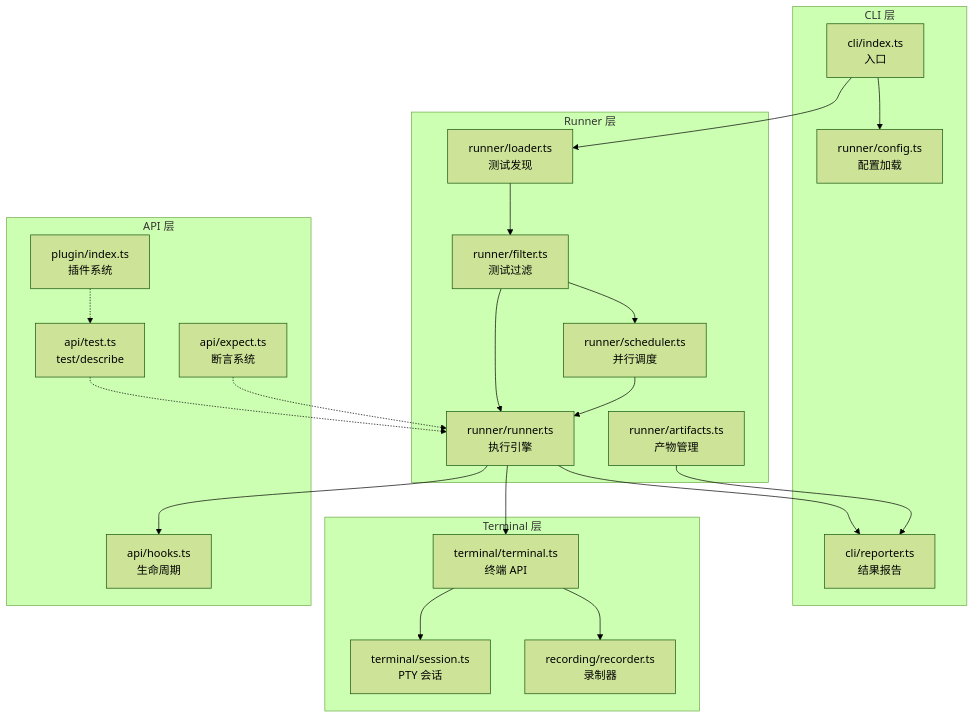
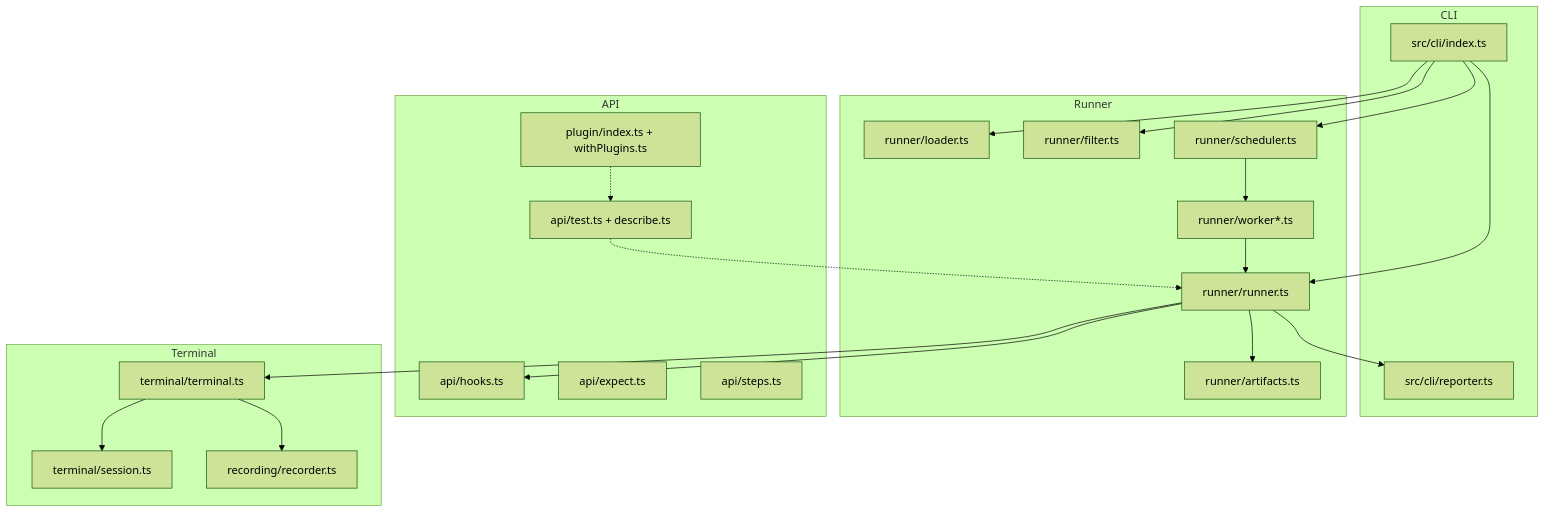
One commit to NexusGPU/repterm changed the first of 2 diagrams in skills/repterm/references/architecture.md. Above: the diagram before and after it, drawn with Mermaid (forest theme). The commit also changed other lines of this file and 9 other files, not shown here.

````diff
--- a/skills/repterm/references/architecture.md
+++ b/skills/repterm/references/architecture.md
@@ -5,46 +5,45 @@
 ```mermaid
 graph TB
-    subgraph CLI["CLI 层"]
-        Entry["cli/index.ts<br/>入口"]
-        Config["runner/config.ts<br/>配置加载"]
-        Reporter["cli/reporter.ts<br/>结果报告"]
+    subgraph CLI["CLI"]
+        CLIEntry["src/cli/index.ts"]
+        Reporter["src/cli/reporter.ts"]
     end
 
-    subgraph Runner["Runner 层"]
-        Loader["runner/loader.ts<br/>测试发现"]
-        Filter["runner/filter.ts<br/>测试过滤"]
-        RunnerCore["runner/runner.ts<br/>执行引擎"]
-        Scheduler["runner/scheduler.ts<br/>并行调度"]
-        Artifacts["runner/artifacts.ts<br/>产物管理"]
+    subgraph Runner["Runner"]
+        Loader["runner/loader.ts"]
+        Filter["runner/filter.ts"]
+        RunnerCore["runner/runner.ts"]
+        Scheduler["runner/scheduler.ts"]
+        Worker["runner/worker*.ts"]
+        Artifacts["runner/artifacts.ts"]
     end
 
-    subgraph Terminal["Terminal 层"]
-        TerminalAPI["terminal/terminal.ts<br/>终端 API"]
-        Session["terminal/session.ts<br/>PTY 会话"]
-        Recorder["recording/recorder.ts<br/>录制器"]
+    subgraph API["API"]
+        TestAPI["api/test.ts + describe.ts"]
+        Hooks["api/hooks.ts"]
+        Expect["api/expect.ts"]
+        Steps["api/steps.ts"]
+        Plugin["plugin/index.ts + withPlugins.ts"]
     end
 
-    subgraph API["API 层"]
-        DSL["api/test.ts<br/>test/describe"]
-        Expect["api/expect.ts<br/>断言系统"]
-        Hooks["api/hooks.ts<br/>生命周期"]
-        Plugin["plugin/index.ts<br/>插件系统"]
+    subgraph Terminal["Terminal"]
+        TerminalImpl["terminal/terminal.ts"]
+        Session["terminal/session.ts"]
+        Recorder["recording/recorder.ts"]
     end
 
-    Entry --> Config
-    Entry --> Loader
-    Loader --> Filter
-    Filter --> RunnerCore
-    Filter --> Scheduler
-    RunnerCore --> TerminalAPI
+    CLIEntry --> Loader
+    CLIEntry --> Filter
+    CLIEntry --> RunnerCore
+    CLIEntry --> Scheduler
     RunnerCore --> Hooks
-    Scheduler --> RunnerCore
-    TerminalAPI --> Session
-    TerminalAPI --> Recorder
+    RunnerCore --> TerminalImpl
+    RunnerCore --> Artifacts
+    Scheduler --> Worker
+    Worker --> RunnerCore
     RunnerCore --> Reporter
-    Artifacts --> Reporter
-
-    DSL -.-> RunnerCore
-    Expect -.-> RunnerCore
-    Plugin -.-> DSL
+    TestAPI -.-> RunnerCore
+    Plugin -.-> TestAPI
+    TerminalImpl --> Session
+    TerminalImpl --> Recorder
 ```
````
